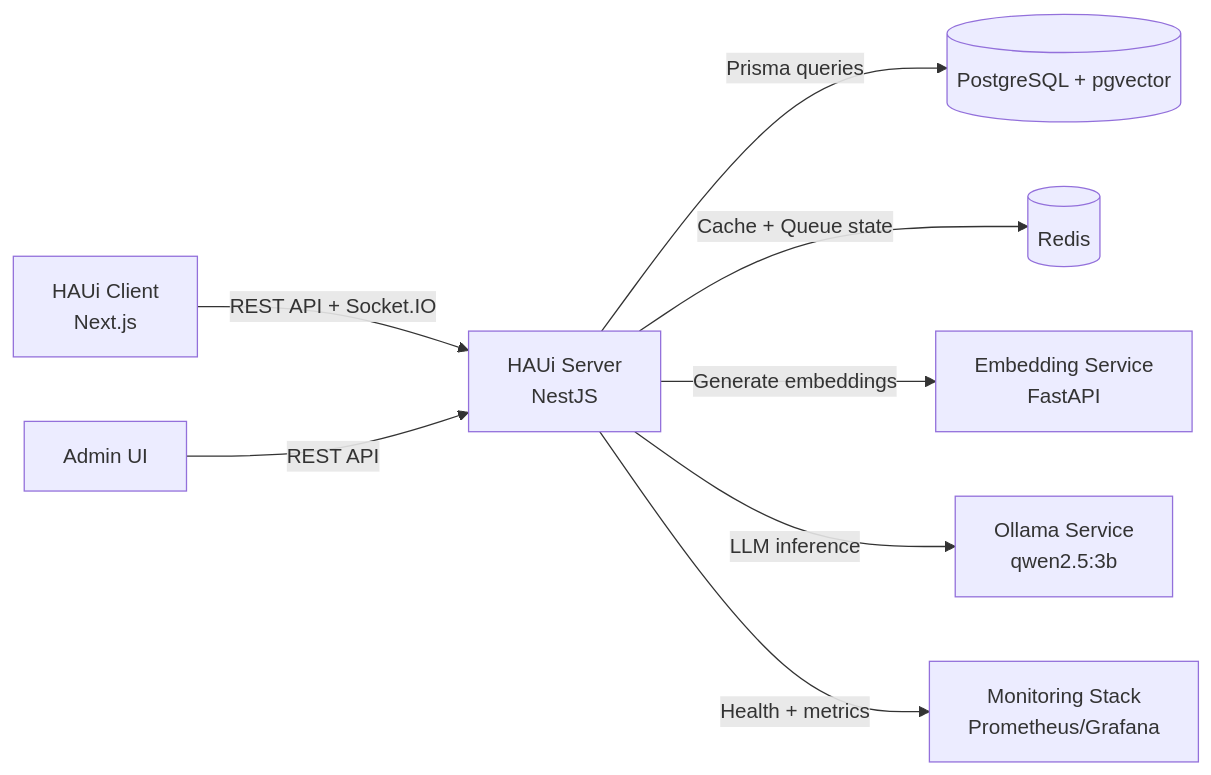
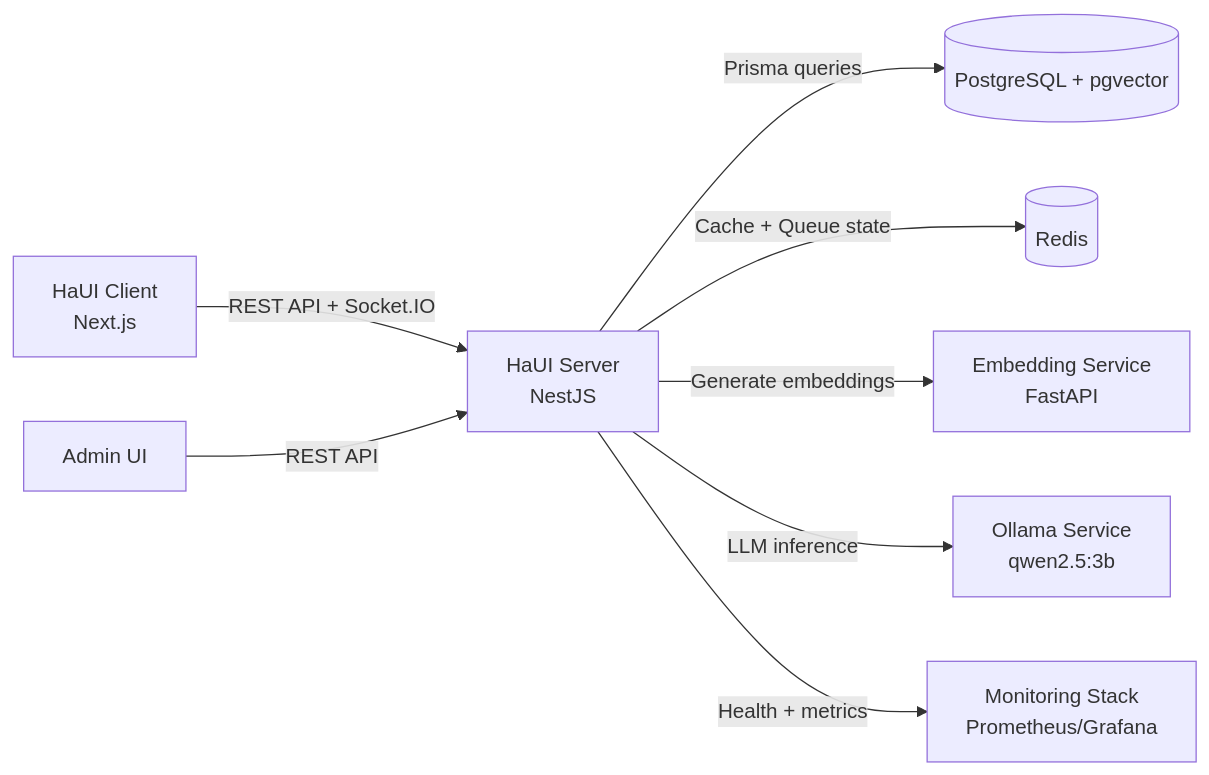
The diagram in README.md (haui-fashion/haui-fashion-server), drawn with Mermaid before and after one commit. The commit also changed other lines of this file and 9 other files, not shown here.

````diff
--- a/README.md
+++ b/README.md
@@ -122,13 +122,13 @@
 ```mermaid
 flowchart LR
-  client[HAUi Client\nNext.js] -->|REST API + Socket.IO| server[HAUi Server\nNestJS]
+  client[HaUI Client\nNext.js] -->|REST API + Socket.IO| server[HaUI Server\nNestJS]
   admin[Admin UI] -->|REST API| server
 
   server -->|Prisma queries| postgres[(PostgreSQL + pgvector)]
   server -->|Cache + Queue state| redis[(Redis)]
 
   server -->|Generate embeddings| embedding[Embedding Service\nFastAPI]
   server -->|LLM inference| ollama[Ollama Service\nqwen2.5:3b]
 
   server -->|Health + metrics| monitor[Monitoring Stack\nPrometheus/Grafana]
 ```
````
